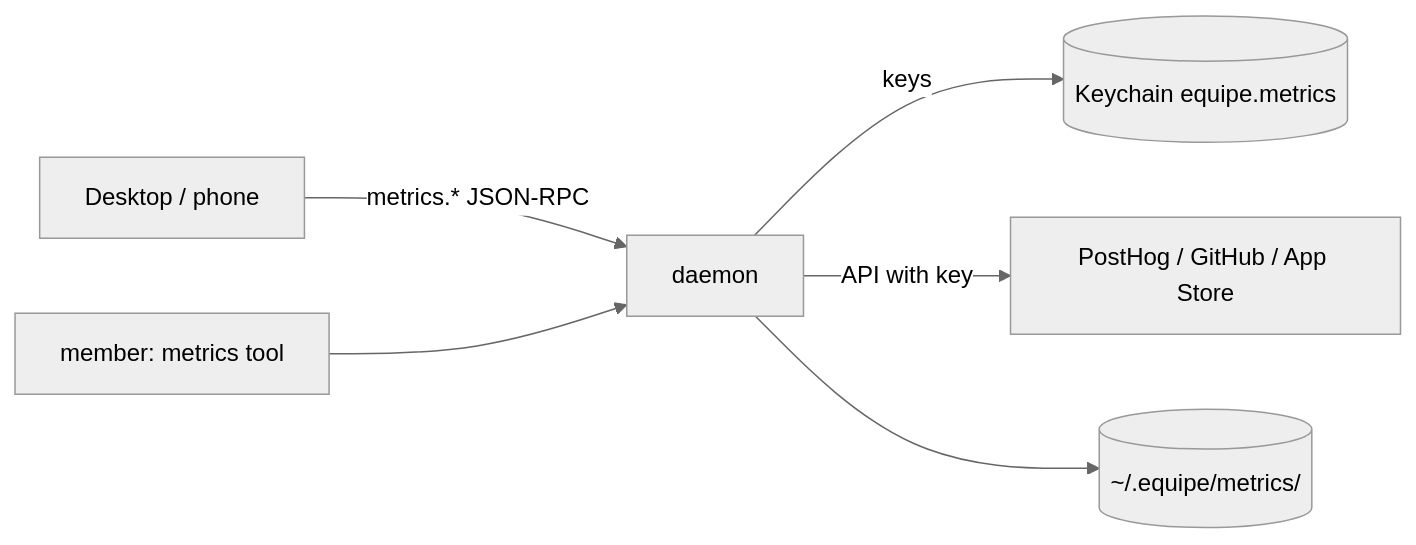
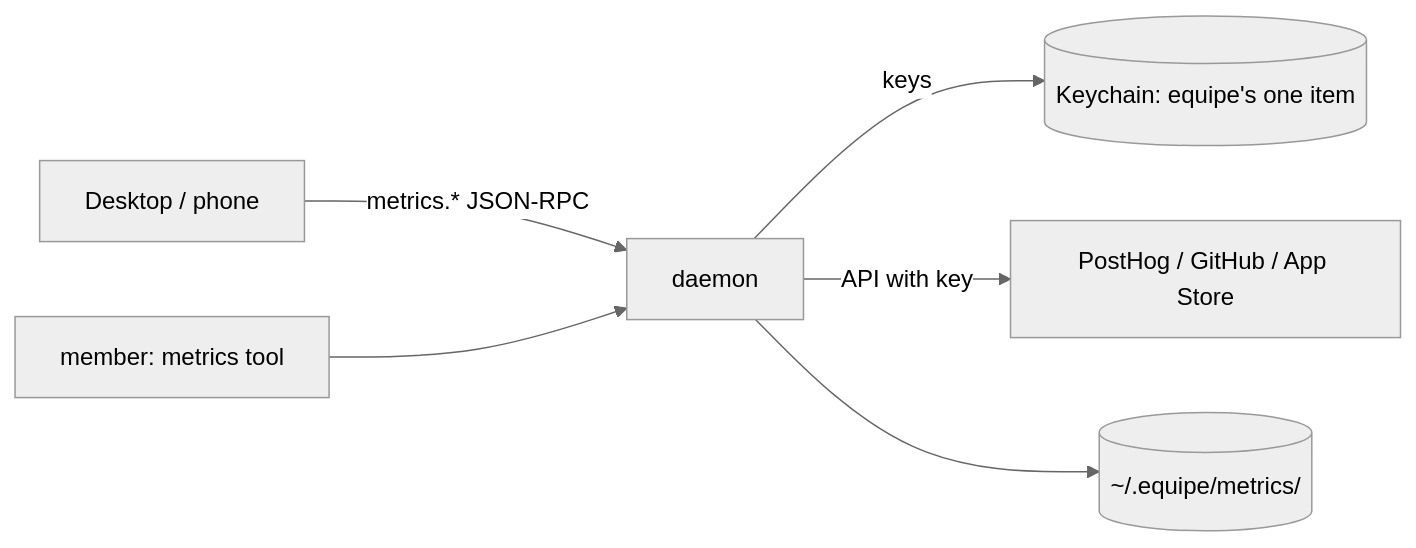
Before and after one commit to equipe-labs/equipe: the diagram in docs/METRICS.md, drawn with Mermaid (neutral theme). The commit also changed other lines of this file and 59 other files, not shown here.

First line of the commit message:
macOS: ask the person once — one Keychain item, one permission entry, stable signature

````diff
--- a/docs/METRICS.md
+++ b/docs/METRICS.md
@@ -17,8 +17,8 @@
 ```mermaid
 flowchart LR
   S[Desktop / phone] -- metrics.* JSON-RPC --> D[daemon]
   M[member: metrics tool] --> D
-  D -- keys --> K[(Keychain equipe.metrics)]
+  D -- keys --> K[(Keychain: equipe's one item)]
   D -- API with key --> P[PostHog / GitHub / App Store]
   D --> F[(~/.equipe/metrics/)]
 ```
````
